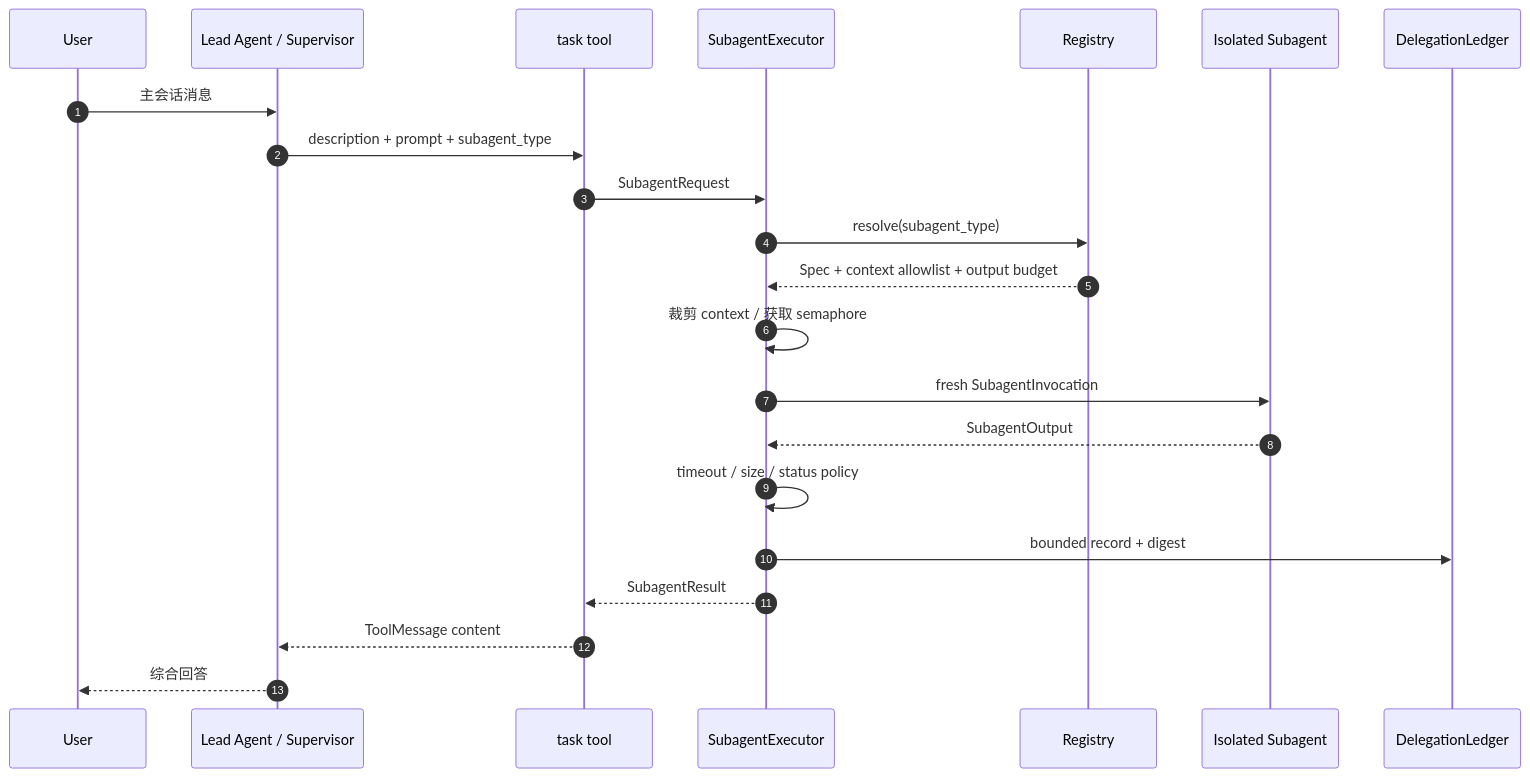
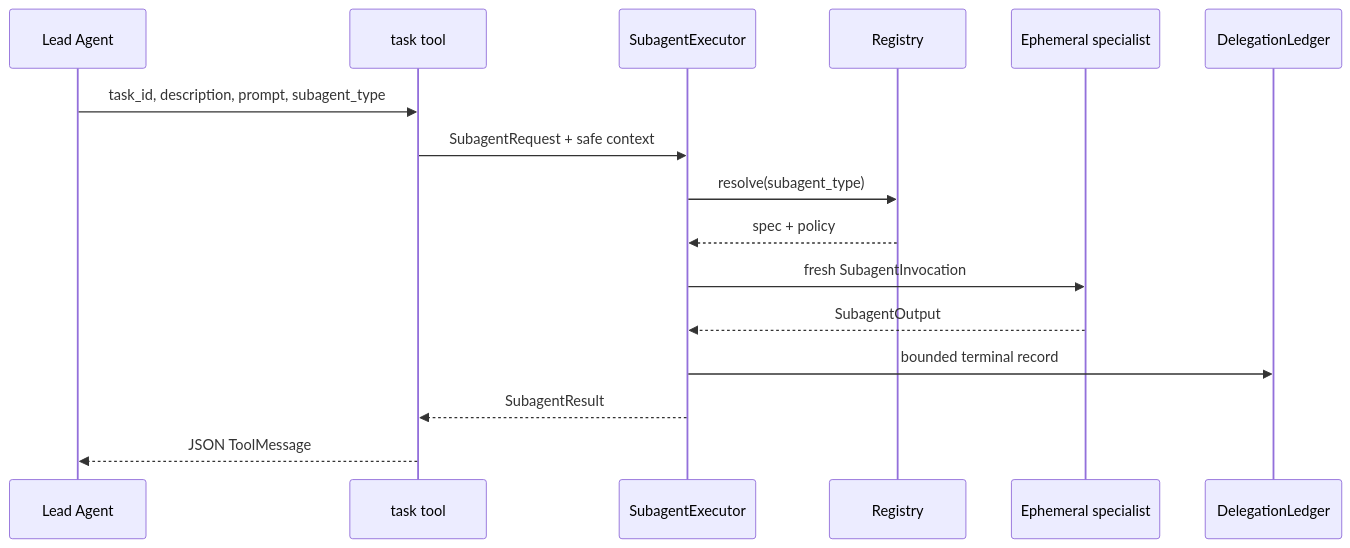
Before and after one commit to Chengyunlai/langchain-logbook: the third of 4 diagrams in docs-site/src/data/blog/11_Multi_Agent_Patterns.md, drawn with Mermaid. The commit also changed other lines of this file and 5 other files, not shown here.

Commit message:
docs: derive subagent boundaries from context failures

````diff
--- a/docs-site/src/data/blog/11_Multi_Agent_Patterns.md
+++ b/docs-site/src/data/blog/11_Multi_Agent_Patterns.md
@@ -202,25 +934,19 @@
 ```mermaid
 sequenceDiagram
-    autonumber
-    participant U as User
-    participant L as Lead Agent / Supervisor
+    participant L as Lead Agent
     participant T as task tool
     participant E as SubagentExecutor
     participant R as Registry
-    participant S as Isolated Subagent
+    participant S as Ephemeral specialist
     participant D as DelegationLedger
 
-    U->>L: 主会话消息
-    L->>T: description + prompt + subagent_type
-    T->>E: SubagentRequest
+    L->>T: task_id, description, prompt, subagent_type
+    T->>E: SubagentRequest + safe context
     E->>R: resolve(subagent_type)
-    R-->>E: Spec + context allowlist + output budget
-    E->>E: 裁剪 context / 获取 semaphore
+    R-->>E: spec + policy
     E->>S: fresh SubagentInvocation
     S-->>E: SubagentOutput
-    E->>E: timeout / size / status policy
-    E->>D: bounded record + digest
+    E->>D: bounded terminal record
     E-->>T: SubagentResult
-    T-->>L: ToolMessage content
-    L-->>U: 综合回答
+    T-->>L: JSON ToolMessage
 ```
````
